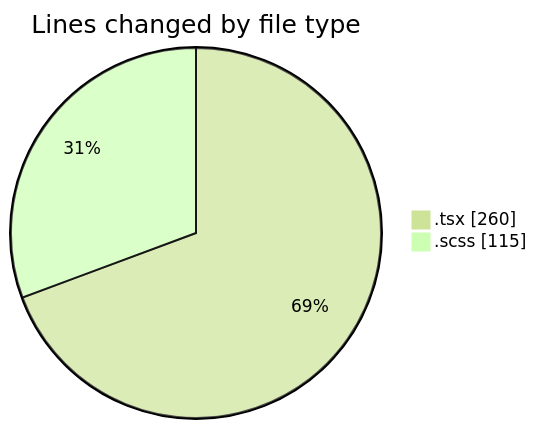
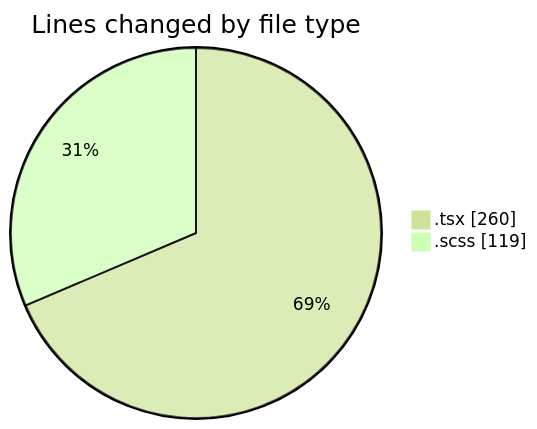
Before and after one commit to momahboobian/code-tracking: the first of 2 diagrams in 2026-04-10/cda/README.md, drawn with Mermaid (forest theme). The commit also changed other lines of this file and 1 other file, not shown here.

````diff
--- a/2026-04-10/cda/README.md
+++ b/2026-04-10/cda/README.md
@@ -22,6 +22,6 @@
 ```mermaid
 pie showData
 title Lines changed by file type
 ".tsx" : 260
-".scss" : 115
+".scss" : 119
 ```
````
